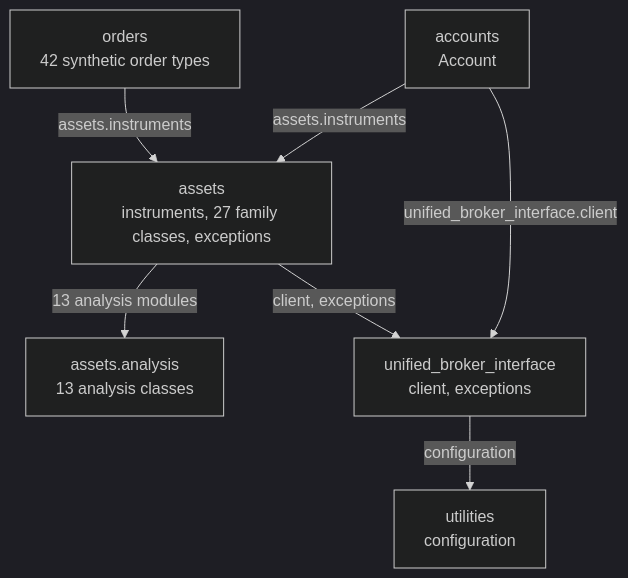
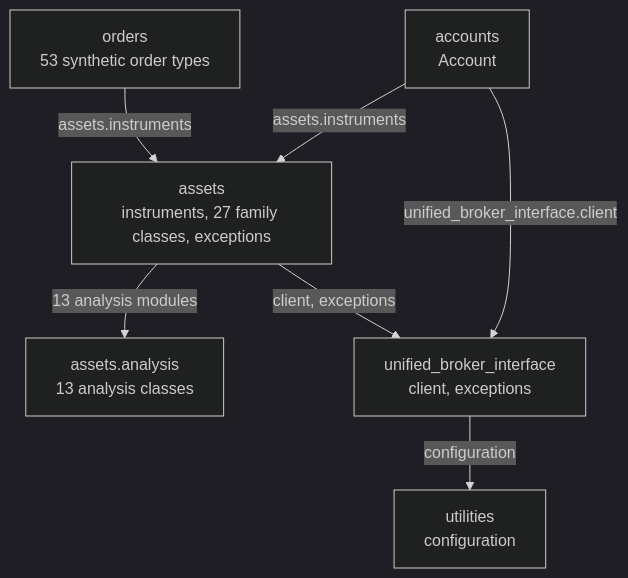
The diagram in docs/project/structure.md (pramodathani/tradingmachine), drawn with Mermaid (dark theme) before and after one commit. The commit also changed other lines of this file and 29 other files, not shown here.

````diff
--- a/docs/project/structure.md
+++ b/docs/project/structure.md
@@ -115,15 +115,15 @@
 ```mermaid
 flowchart TB
     AC["accounts<br/>Account"]
-    OR["orders<br/>42 synthetic order types"]
+    OR["orders<br/>53 synthetic order types"]
     AS["assets<br/>instruments, 27 family classes, exceptions"]
     AN["assets.analysis<br/>13 analysis classes"]
     UC["unified_broker_interface<br/>client, exceptions"]
     UT["utilities<br/>configuration"]
     AC -->|"assets.instruments"| AS
     AC -->|"unified_broker_interface.client"| UC
     OR -->|"assets.instruments"| AS
     AS -->|"13 analysis modules"| AN
     AS -->|"client, exceptions"| UC
     UC -->|"configuration"| UT
 ```
````
